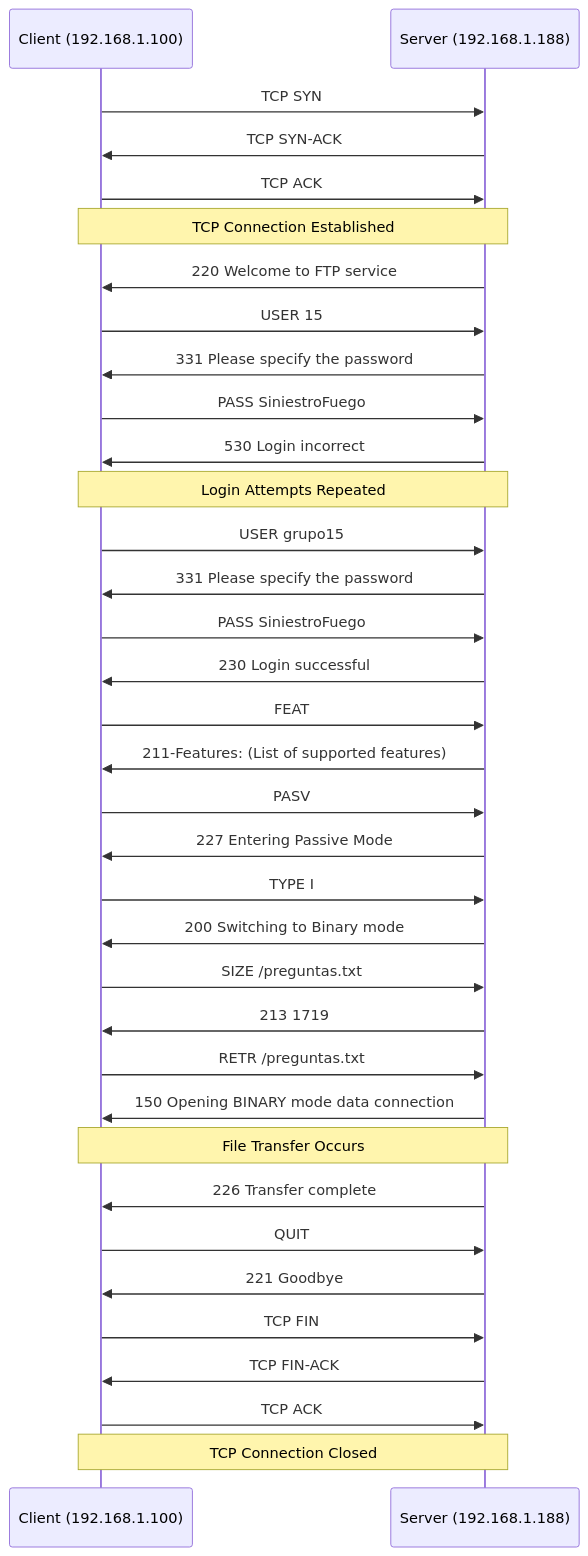
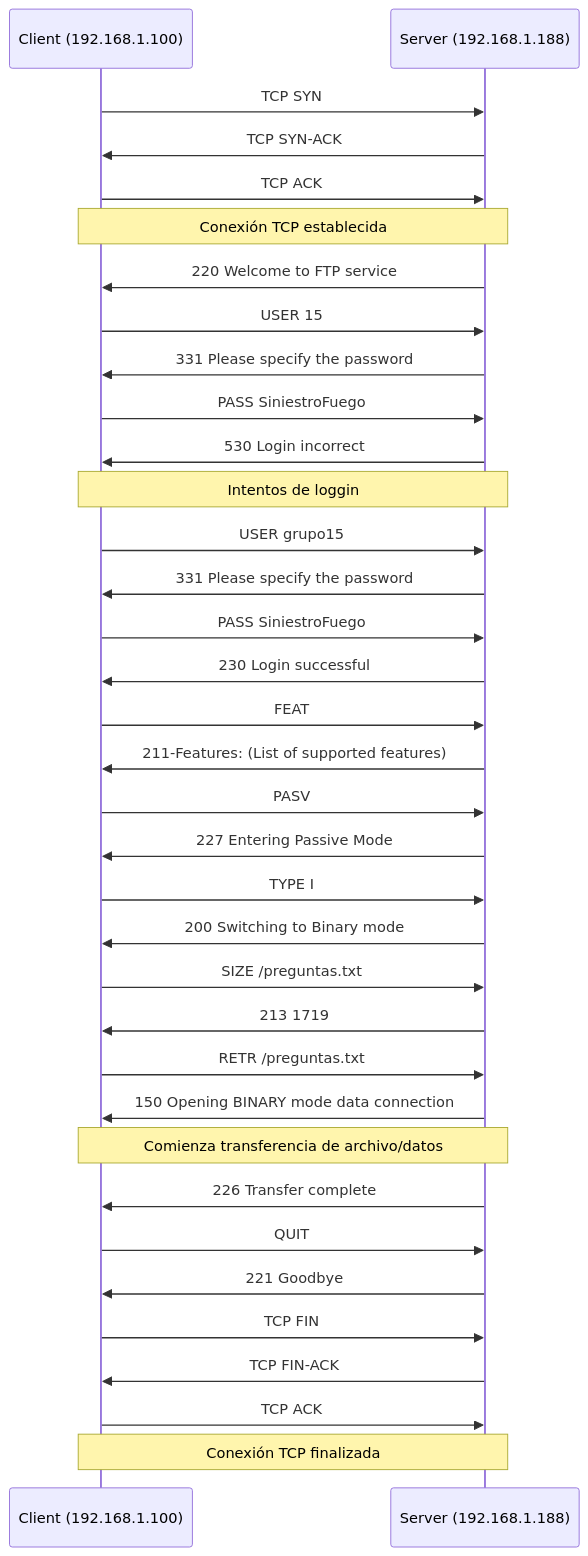
Before and after one commit to Vindemiatrixx/Diagrama-redes: the diagram in diagrama.mermaid, drawn with Mermaid.

```diff
--- a/diagrama.mermaid
+++ b/diagrama.mermaid
@@ -1,46 +1,46 @@
 sequenceDiagram
     participant Client as Client (192.168.1.100)
     participant Server as Server (192.168.1.188)
     
     Client->>Server: TCP SYN
     Server->>Client: TCP SYN-ACK
     Client->>Server: TCP ACK
-    Note over Client,Server: TCP Connection Established
+    Note over Client,Server: Conexión TCP establecida
     
     Server->>Client: 220 Welcome to FTP service
     Client->>Server: USER 15
     Server->>Client: 331 Please specify the password
     Client->>Server: PASS SiniestroFuego
     Server->>Client: 530 Login incorrect
     
-    Note over Client,Server: Login Attempts Repeated
+    Note over Client,Server: Intentos de loggin
     
     Client->>Server: USER grupo15
     Server->>Client: 331 Please specify the password
     Client->>Server: PASS SiniestroFuego
     Server->>Client: 230 Login successful
     
     Client->>Server: FEAT
     Server->>Client: 211-Features: (List of supported features)
     
     Client->>Server: PASV
     Server->>Client: 227 Entering Passive Mode
     
     Client->>Server: TYPE I
     Server->>Client: 200 Switching to Binary mode
     
     Client->>Server: SIZE /preguntas.txt
     Server->>Client: 213 1719
     
     Client->>Server: RETR /preguntas.txt
     Server->>Client: 150 Opening BINARY mode data connection
-    Note over Client,Server: File Transfer Occurs
+    Note over Client,Server: Comienza transferencia de archivo/datos
     Server->>Client: 226 Transfer complete
     
     Client->>Server: QUIT
     Server->>Client: 221 Goodbye
     
     Client->>Server: TCP FIN
     Server->>Client: TCP FIN-ACK
     Client->>Server: TCP ACK
-    Note over Client,Server: TCP Connection Closed
+    Note over Client,Server: Conexión TCP finalizada
```
